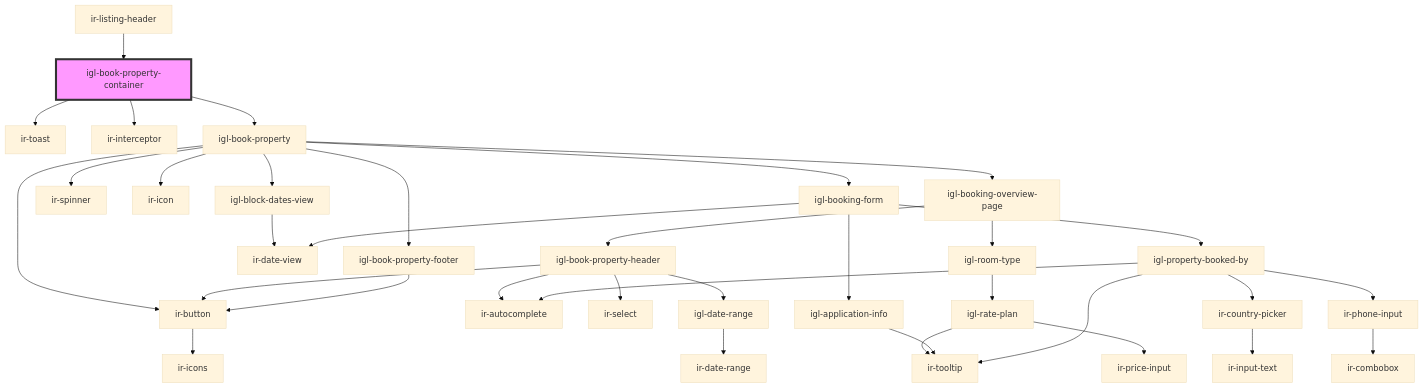
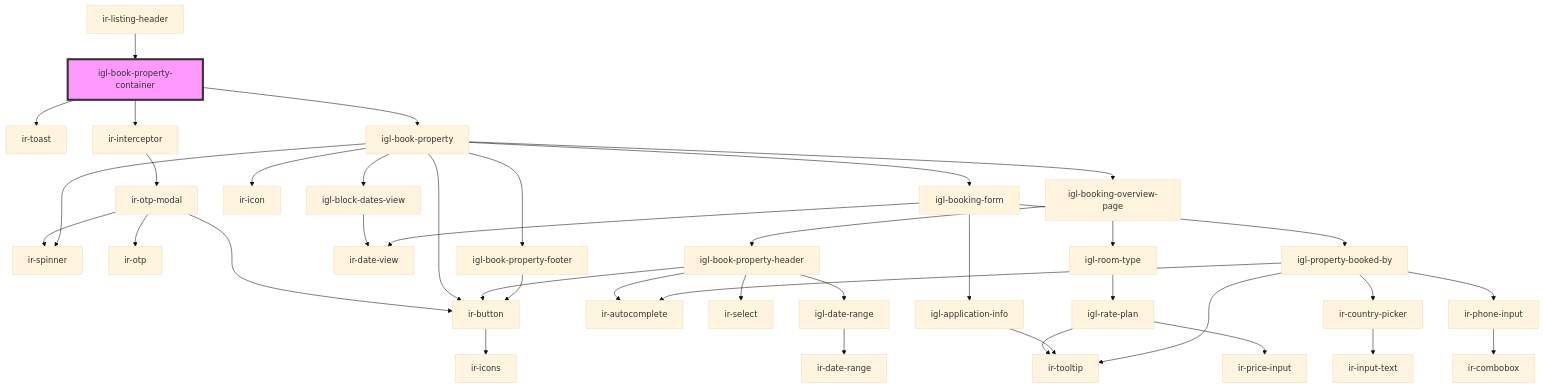
One commit to David1Chowaifaty/modified-ir-webcmp changed the diagram in src/components/igl-book-property-container/readme.md. Above: the diagram before and after it, drawn with Mermaid (base theme). The commit also changed 28 other files, not shown here.

````diff
--- a/src/components/igl-book-property-container/readme.md
+++ b/src/components/igl-book-property-container/readme.md
@@ -41,38 +41,42 @@
 ```mermaid
 graph TD;
   igl-book-property-container --> ir-toast
   igl-book-property-container --> ir-interceptor
   igl-book-property-container --> igl-book-property
+  ir-interceptor --> ir-otp-modal
+  ir-otp-modal --> ir-spinner
+  ir-otp-modal --> ir-otp
+  ir-otp-modal --> ir-button
+  ir-button --> ir-icons
   igl-book-property --> igl-block-dates-view
   igl-book-property --> ir-spinner
   igl-book-property --> ir-icon
   igl-book-property --> igl-booking-overview-page
   igl-book-property --> igl-booking-form
   igl-book-property --> ir-button
   igl-book-property --> igl-book-property-footer
   igl-block-dates-view --> ir-date-view
   igl-booking-overview-page --> igl-book-property-header
   igl-booking-overview-page --> igl-room-type
   igl-book-property-header --> ir-autocomplete
   igl-book-property-header --> ir-select
   igl-book-property-header --> ir-button
   igl-book-property-header --> igl-date-range
-  ir-button --> ir-icons
   igl-date-range --> ir-date-range
   igl-room-type --> igl-rate-plan
   igl-rate-plan --> ir-tooltip
   igl-rate-plan --> ir-price-input
   igl-booking-form --> ir-date-view
   igl-booking-form --> igl-application-info
   igl-booking-form --> igl-property-booked-by
   igl-application-info --> ir-tooltip
   igl-property-booked-by --> ir-autocomplete
   igl-property-booked-by --> ir-tooltip
   igl-property-booked-by --> ir-country-picker
   igl-property-booked-by --> ir-phone-input
   ir-country-picker --> ir-input-text
   ir-phone-input --> ir-combobox
   igl-book-property-footer --> ir-button
   ir-listing-header --> igl-book-property-container
   style igl-book-property-container fill:#f9f,stroke:#333,stroke-width:4px
 ```
````
